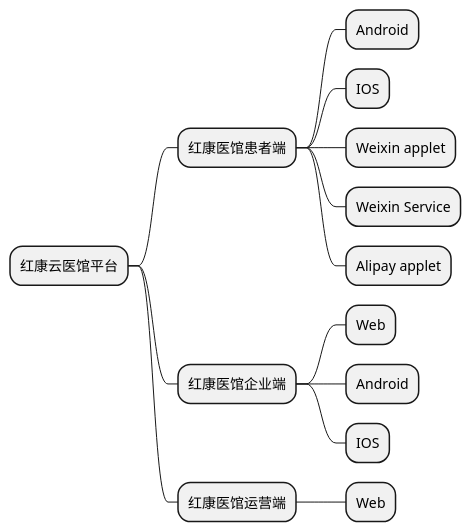
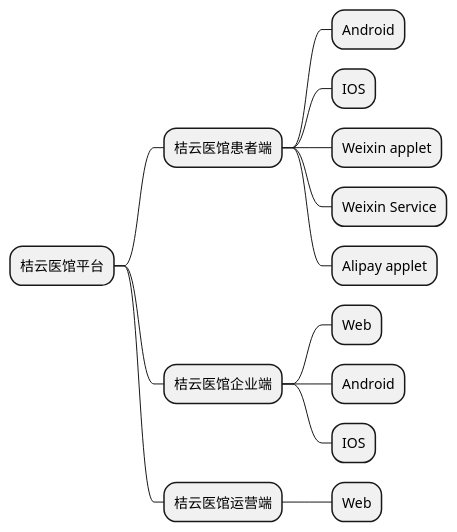
Before and after one commit to ab-shangzhou/medicine-museum: the first of 3 diagrams in src/main/asciidoc/index000.adoc, drawn with PlantUML. The commit also changed other lines of this file and 8 other files, not shown here.

Commit message:
添加医馆、药房、库房关系图

```diff
--- a/src/main/asciidoc/index000.adoc
+++ b/src/main/asciidoc/index000.adoc
@@ -4,19 +4,19 @@
 [plantuml, diagram00, png]
 ....
 @startmindmap
-* 红康云医馆平台
-** 红康医馆患者端
+* 桔云医馆平台
+** 桔云医馆患者端
 *** Android
 *** IOS
 *** Weixin applet
 *** Weixin Service
 *** Alipay applet
 
-** 红康医馆企业端
+** 桔云医馆企业端
 *** Web
 *** Android
 *** IOS
-** 红康医馆运营端
+** 桔云医馆运营端
 *** Web
 @endmindmap
 ....
```
